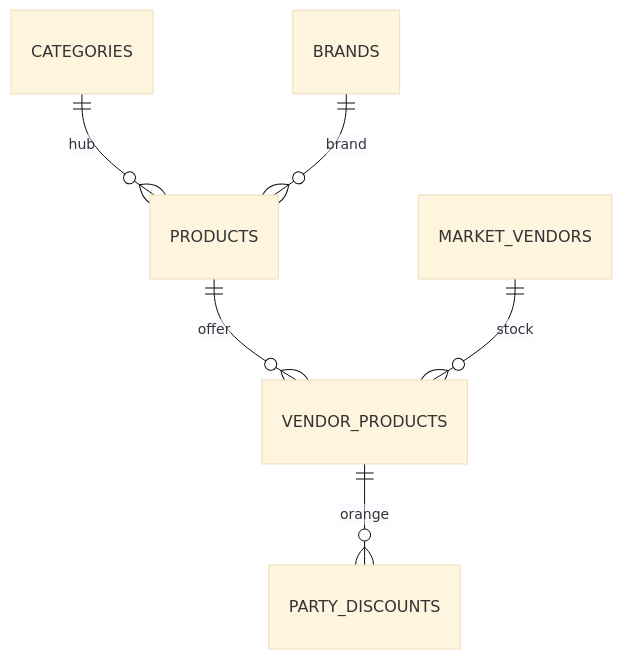
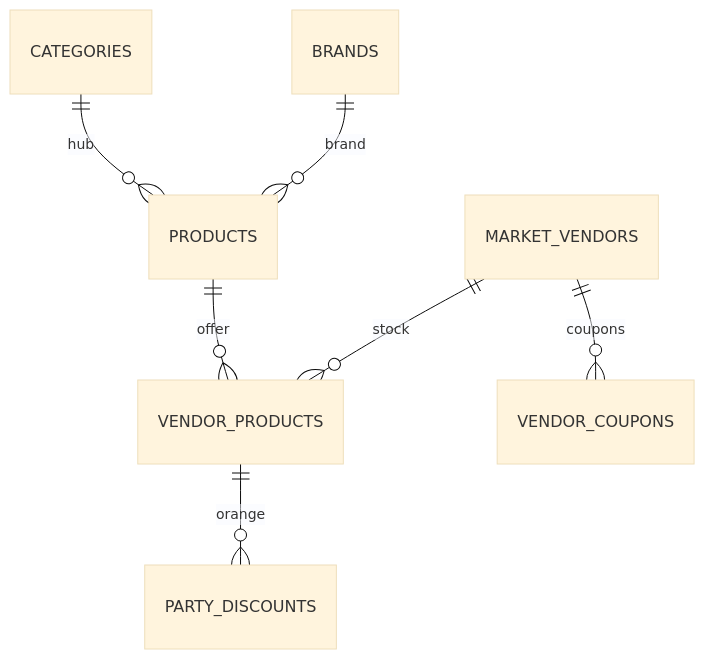
Before and after one commit to erfnzdeh/snapp-hack: the fourth of 12 diagrams in README.md, drawn with Mermaid (base theme). The commit also changed other lines of this file, not shown here.

````diff
--- a/README.md
+++ b/README.md
@@ -114,8 +313,9 @@
 ```mermaid
 erDiagram
   CATEGORIES ||--o{ PRODUCTS : hub
   BRANDS ||--o{ PRODUCTS : brand
   PRODUCTS ||--o{ VENDOR_PRODUCTS : offer
   MARKET_VENDORS ||--o{ VENDOR_PRODUCTS : stock
   VENDOR_PRODUCTS ||--o{ PARTY_DISCOUNTS : orange
+  MARKET_VENDORS ||--o{ VENDOR_COUPONS : coupons
 ```
````
